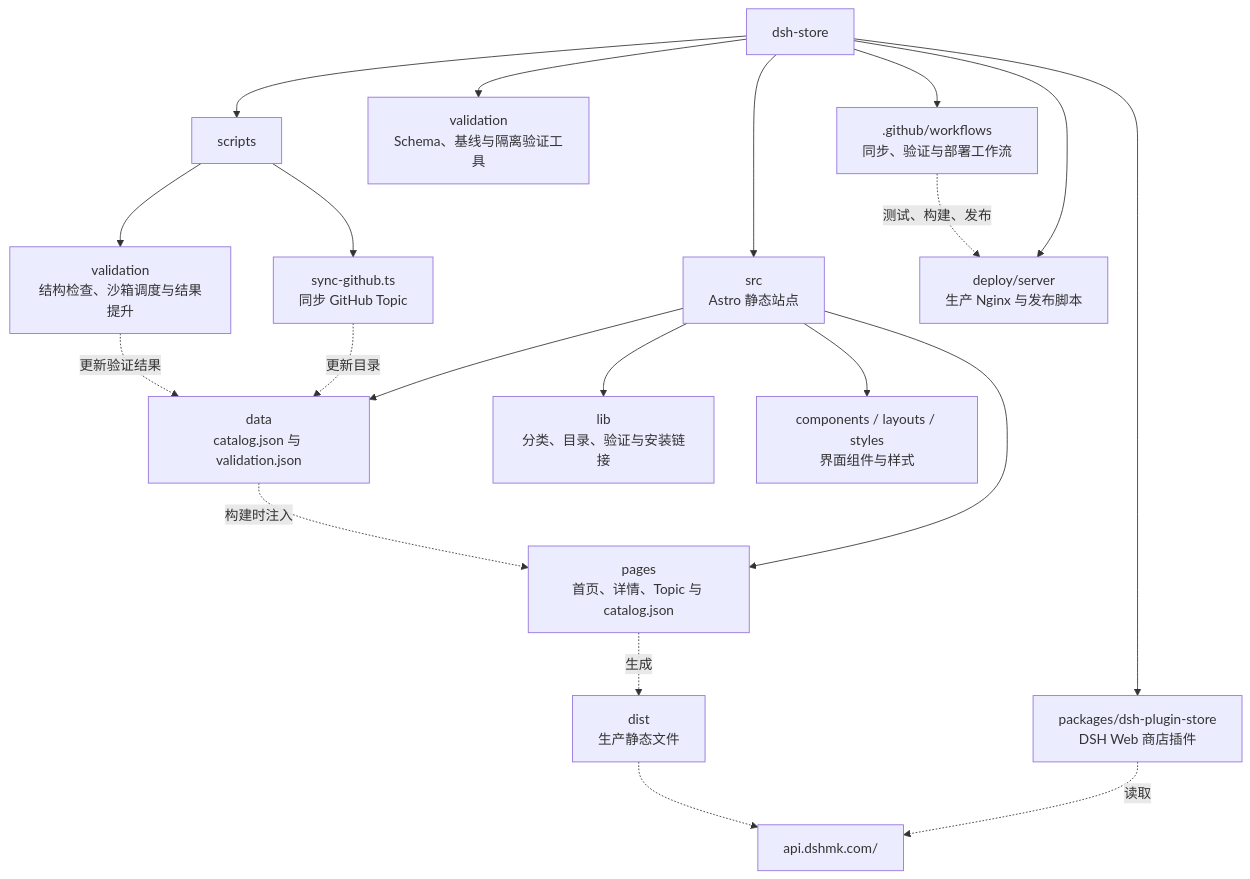
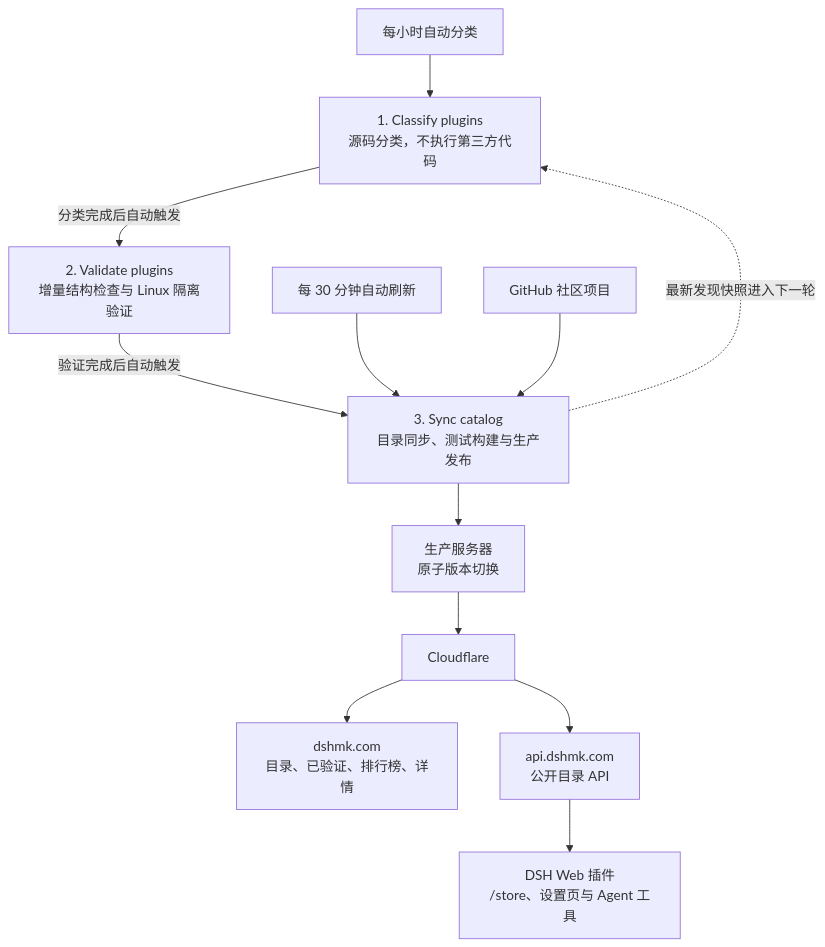
One commit to ZASENJC/dsh-plugins-store changed the diagram in README.md. Above: the diagram before and after it, drawn with Mermaid. The commit also changed other lines of this file, not shown here.

````diff
--- a/README.md
+++ b/README.md
@@ -129,27 +140,20 @@
 ```mermaid
-flowchart TD
-  ROOT["dsh-store"]
+flowchart TB
+  CLASSIFY["1. Classify plugins<br/>源码分类，不执行第三方代码"]
+  VALIDATE["2. Validate plugins<br/>增量结构检查与 Linux 隔离验证"]
+  SYNC["3. Sync catalog<br/>目录同步、测试构建与生产发布"]
 
-  ROOT --> SRC["src<br/>Astro 静态站点"]
-  SRC --> PAGES["pages<br/>首页、详情、Topic 与 catalog.json"]
-  SRC --> DATA["data<br/>catalog.json 与 validation.json"]
-  SRC --> LIB["lib<br/>分类、目录、验证与安装链接"]
-  SRC --> UI["components / layouts / styles<br/>界面组件与样式"]
+  CLASSIFY -->|分类完成后自动触发| VALIDATE
+  VALIDATE -->|验证完成后自动触发| SYNC
+  SYNC -.->|最新发现快照进入下一轮| CLASSIFY
 
-  ROOT --> SCRIPTS["scripts"]
-  SCRIPTS --> SYNC["sync-github.ts<br/>同步 GitHub Topic"]
-  SCRIPTS --> VALIDATORS["validation<br/>结构检查、沙箱调度与结果提升"]
+  CLASSIFY_TIMER["每小时自动分类"] --> CLASSIFY
+  SYNC_TIMER["每 30 分钟自动刷新"] --> SYNC
+  TOPICS["GitHub 社区项目"] --> SYNC
 
-  ROOT --> SANDBOX["validation<br/>Schema、基线与隔离验证工具"]
-  ROOT --> PLUGIN["packages/dsh-plugin-store<br/>DSH Web 商店插件"]
-  ROOT --> DEPLOY["deploy/server<br/>生产 Nginx 与发布脚本"]
-  ROOT --> ACTIONS[".github/workflows<br/>同步、验证与部署工作流"]
-
-  SYNC -.->|更新目录| DATA
-  VALIDATORS -.->|更新验证结果| DATA
-  DATA -.->|构建时注入| PAGES
-  PAGES -.->|生成| DIST["dist<br/>生产静态文件"]
-  PLUGIN -.->|读取| API["api.dshmk.com/"]
-  DIST -.-> API
-  ACTIONS -.->|测试、构建、发布| DEPLOY
+  SYNC --> ORIGIN["生产服务器<br/>原子版本切换"]
+  ORIGIN --> CLOUDFLARE["Cloudflare"]
+  CLOUDFLARE --> SITE["dshmk.com<br/>目录、已验证、排行榜、详情"]
+  CLOUDFLARE --> API["api.dshmk.com<br/>公开目录 API"]
+  API --> PLUGIN["DSH Web 插件<br/>/store、设置页与 Agent 工具"]
 ```
````
